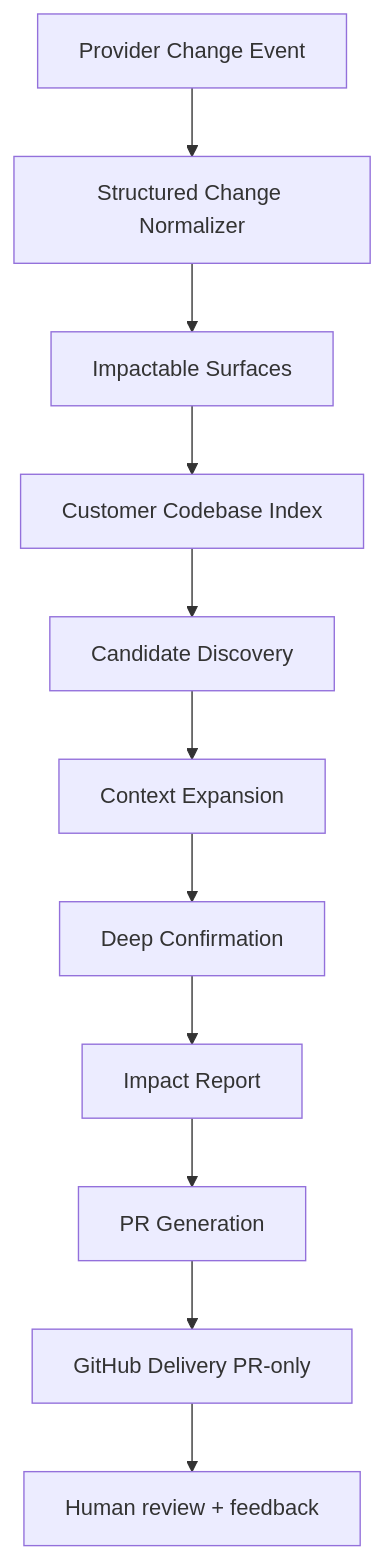
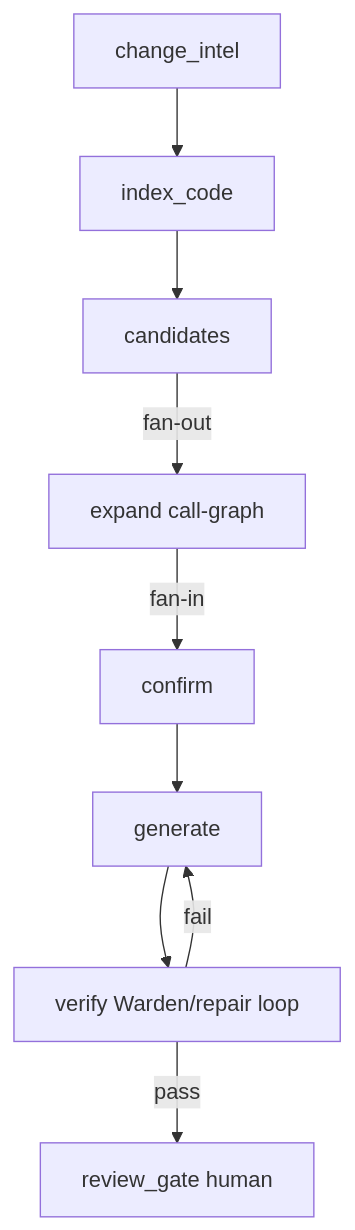
One commit to gondalaimafia/mendpoint changed the diagram in docs/ARCHITECTURE.md. Above: the diagram before and after it, drawn with Mermaid. The commit also changed other lines of this file and 21 other files, not shown here.

First line of the commit message:
feat: graph engineering as default agentic approach

````diff
--- a/docs/ARCHITECTURE.md
+++ b/docs/ARCHITECTURE.md
@@ -11,13 +22,11 @@
 ```mermaid
 flowchart TD
-  A[Provider Change Event] --> B[Structured Change Normalizer]
-  B --> C[Impactable Surfaces]
-  C --> D[Customer Codebase Index]
-  D --> E[Candidate Discovery]
-  E --> F[Context Expansion]
-  F --> G[Deep Confirmation]
-  G --> H[Impact Report]
-  H --> I[PR Generation]
-  I --> J[GitHub Delivery PR-only]
-  J --> K[Human review + feedback]
+  A[change_intel] --> B[index_code]
+  B --> C[candidates]
+  C -->|fan-out| D[expand call-graph]
+  D -->|fan-in| E[confirm]
+  E --> F[generate]
+  F --> G[verify Warden/repair loop]
+  G -->|fail| F
+  G -->|pass| H[review_gate human]
 ```
````
